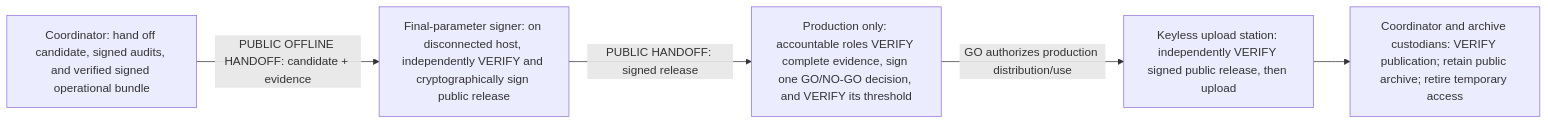
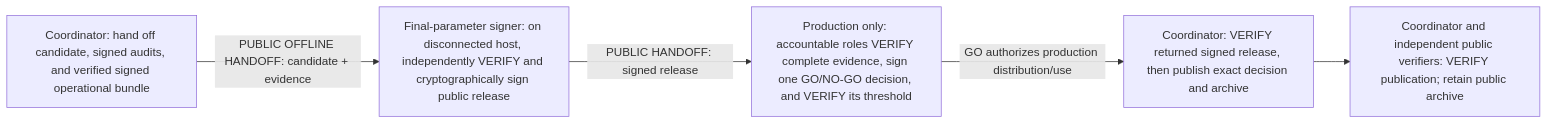
Before and after one commit to zksecurity/relay: the seventh of 7 diagrams in docs/ceremony-flow.md, drawn with Mermaid. The commit also changed other lines of this file and 38 other files, not shown here.

````diff
--- a/docs/ceremony-flow.md
+++ b/docs/ceremony-flow.md
@@ -171,12 +172,12 @@
 ```mermaid
 flowchart LR
   C["Coordinator: hand off candidate, signed audits, and verified signed operational bundle"]
   S["Final-parameter signer: on disconnected host, independently VERIFY and cryptographically sign public release"]
   D["Production only: accountable roles VERIFY complete evidence, sign one GO/NO-GO decision, and VERIFY its threshold"]
-  U["Keyless upload station: independently VERIFY signed public release, then upload"]
-  V["Coordinator and archive custodians: VERIFY publication; retain public archive; retire temporary access"]
+  U["Coordinator: VERIFY returned signed release, then publish exact decision and archive"]
+  V["Coordinator and independent public verifiers: VERIFY publication; retain public archive"]
   C -->|"PUBLIC OFFLINE HANDOFF: candidate + evidence"| S
   S -->|"PUBLIC HANDOFF: signed release"| D
   D -->|"GO authorizes production distribution/use"| U
   U --> V
 ```
````
